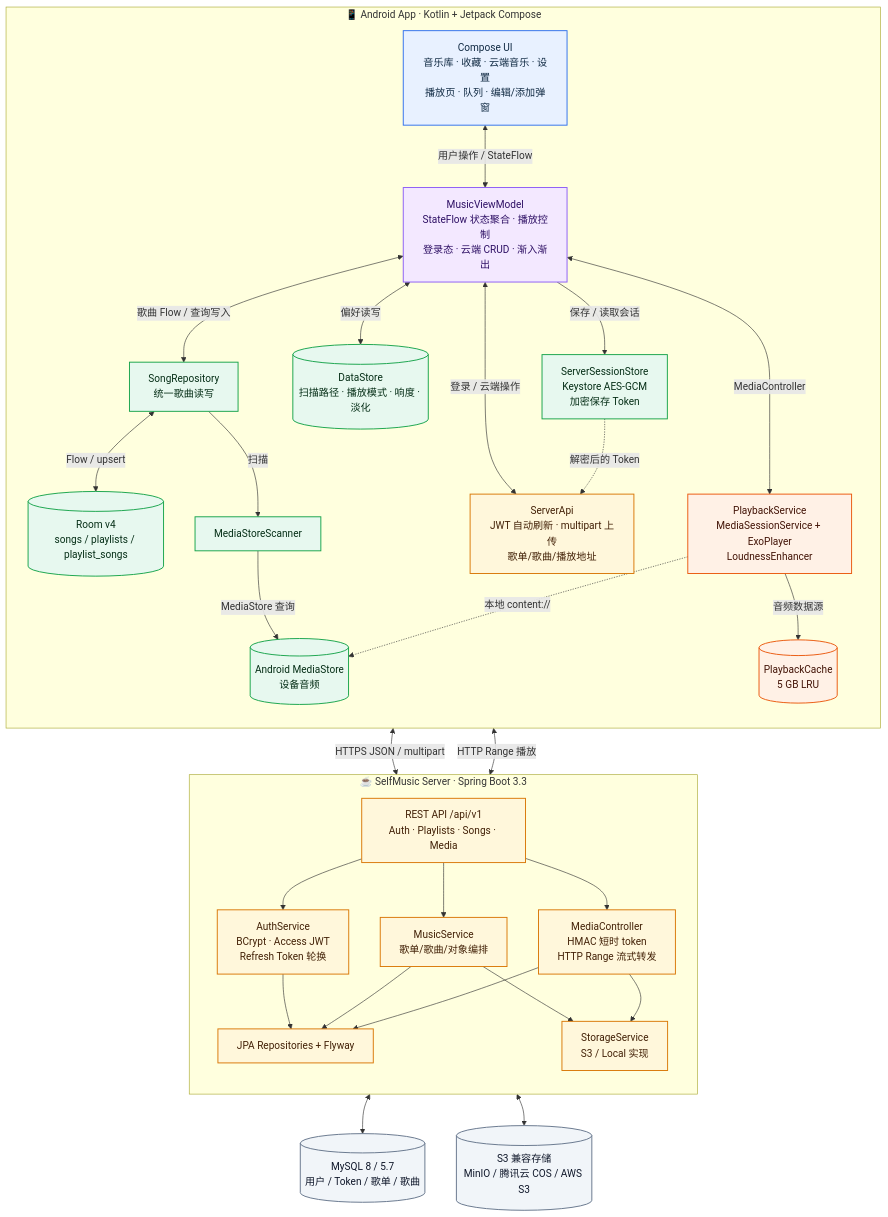
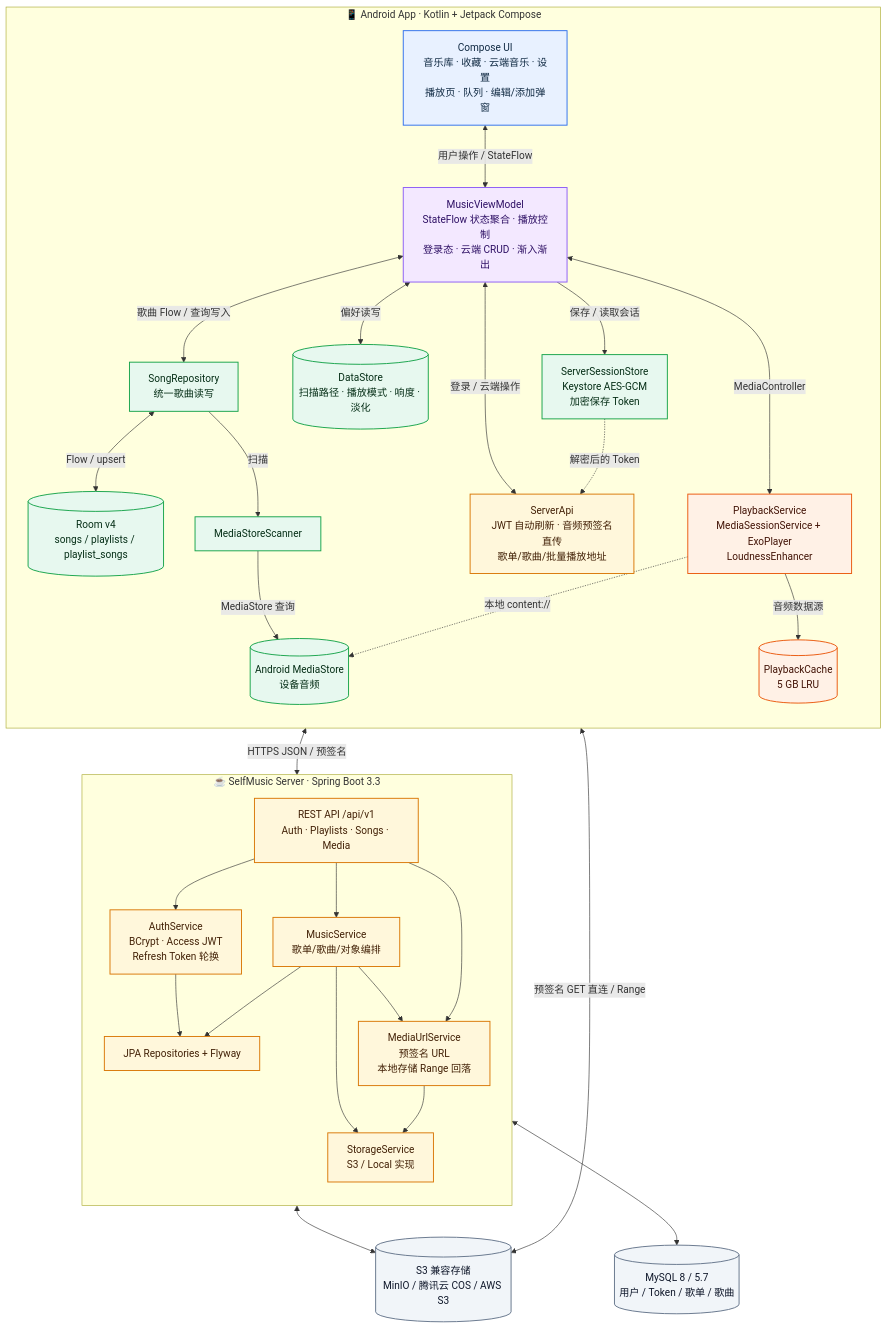
The first of 3 diagrams in SelfMusicApp/docs/architecture.md (ApathyJuly/SelfMusic), drawn with Mermaid before and after one commit. The commit also changed other lines of this file and 22 other files, not shown here.

````diff
--- a/SelfMusicApp/docs/architecture.md
+++ b/SelfMusicApp/docs/architecture.md
@@ -9,71 +9,71 @@
 ```mermaid
 flowchart TB
     classDef c_ui fill:#E8F1FF,stroke:#2F6FED,stroke-width:1.5px,color:#102A43
     classDef c_state fill:#F3E8FF,stroke:#8B5CF6,stroke-width:1.5px,color:#2E1065
     classDef c_data fill:#E7F8EF,stroke:#16A34A,stroke-width:1.5px,color:#052E16
     classDef c_server fill:#FFF7DB,stroke:#D97706,stroke-width:1.5px,color:#422006
     classDef c_play fill:#FFF1E6,stroke:#EA580C,stroke-width:1.5px,color:#431407
     classDef c_ext fill:#F1F5F9,stroke:#64748B,stroke-width:1.5px,color:#0F172A
 
     subgraph CLIENT["📱 Android App · Kotlin + Jetpack Compose"]
         direction TB
         UI["Compose UI<br/>音乐库 · 收藏 · 云端音乐 · 设置<br/>播放页 · 队列 · 编辑/添加弹窗"]
         VM["MusicViewModel<br/>StateFlow 状态聚合 · 播放控制<br/>登录态 · 云端 CRUD · 渐入渐出"]
         REPO["SongRepository<br/>统一歌曲读写"]
         ROOM[("Room v4<br/>songs / playlists / playlist_songs")]
         PREFS[("DataStore<br/>扫描路径 · 播放模式 · 响度 · 淡化")]
         SCAN["MediaStoreScanner"]
         MEDIA[("Android MediaStore<br/>设备音频")]
-        SERVER_API["ServerApi<br/>JWT 自动刷新 · multipart 上传<br/>歌单/歌曲/播放地址"]
+        SERVER_API["ServerApi<br/>JWT 自动刷新 · 音频预签名直传<br/>歌单/歌曲/批量播放地址"]
         SESSION["ServerSessionStore<br/>Keystore AES-GCM<br/>加密保存 Token"]
         PLAY["PlaybackService<br/>MediaSessionService + ExoPlayer<br/>LoudnessEnhancer"]
         CACHE[("PlaybackCache<br/>5 GB LRU")]
     end
 
     subgraph BACKEND["☕ SelfMusic Server · Spring Boot 3.3"]
         direction TB
         WEB["REST API /api/v1<br/>Auth · Playlists · Songs · Media"]
         AUTH["AuthService<br/>BCrypt · Access JWT<br/>Refresh Token 轮换"]
         MUSIC["MusicService<br/>歌单/歌曲/对象编排"]
-        STREAM["MediaController<br/>HMAC 短时 token<br/>HTTP Range 流式转发"]
+        STREAM["MediaUrlService<br/>预签名 URL<br/>本地存储 Range 回落"]
         STORAGE["StorageService<br/>S3 / Local 实现"]
         JPA["JPA Repositories + Flyway"]
     end
 
     PG[("MySQL 8 / 5.7<br/>用户 / Token / 歌单 / 歌曲")]
     S3[("S3 兼容存储<br/>MinIO / 腾讯云 COS / AWS S3")]
 
     UI <-->|用户操作 / StateFlow| VM
     VM <-->|歌曲 Flow / 查询写入| REPO
     REPO <-->|Flow / upsert| ROOM
     REPO -->|扫描| SCAN
     SCAN -->|MediaStore 查询| MEDIA
     VM <-->|偏好读写| PREFS
     VM <-->|登录 / 云端操作| SERVER_API
     VM -->|保存 / 读取会话| SESSION
     SESSION -.->|解密后的 Token| SERVER_API
     VM <-->|MediaController| PLAY
     PLAY -->|音频数据源| CACHE
     PLAY -.->|本地 content://| MEDIA
 
-    SERVER_API <-->|HTTPS JSON / multipart| WEB
-    CACHE <-->|HTTP Range 播放| WEB
+    SERVER_API <-->|HTTPS JSON / 预签名| WEB
+    CACHE <-->|预签名 GET 直连 / Range| S3
 
     WEB --> AUTH
     WEB --> MUSIC
     WEB --> STREAM
     AUTH --> JPA
     MUSIC --> JPA
     MUSIC --> STORAGE
-    STREAM --> JPA
+    MUSIC --> STREAM
     STREAM --> STORAGE
     JPA <--> PG
     STORAGE <--> S3
 
     class UI c_ui
     class VM c_state
     class REPO,ROOM,PREFS,SCAN,MEDIA,SESSION c_data
     class SERVER_API,WEB,AUTH,MUSIC,STREAM,STORAGE,JPA c_server
     class PLAY,CACHE c_play
     class PG,S3 c_ext
 ```
````
